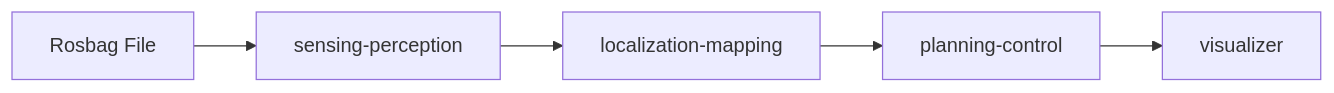
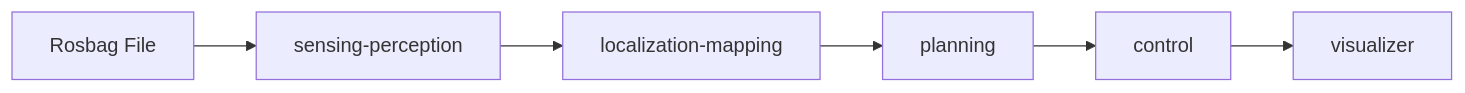
Before and after one commit to autowarefoundation/openadkit: the diagram in docs/deployment/logging-simulation/index.md, drawn with Mermaid. The commit also changed 6 other files, not shown here.

First line of the commit message:
docs: fix arch diagrams, broken links, and missing flags across docs

````diff
--- a/docs/deployment/logging-simulation/index.md
+++ b/docs/deployment/logging-simulation/index.md
@@ -125,7 +125,8 @@
 ```mermaid
 flowchart LR
     Rosbag[Rosbag File] --> SP[sensing-perception]
     SP --> LM[localization-mapping]
-    LM --> PC[planning-control]
-    PC --> Viz[visualizer]
+    LM --> P[planning]
+    P --> C[control]
+    C --> Viz[visualizer]
 ```
````
